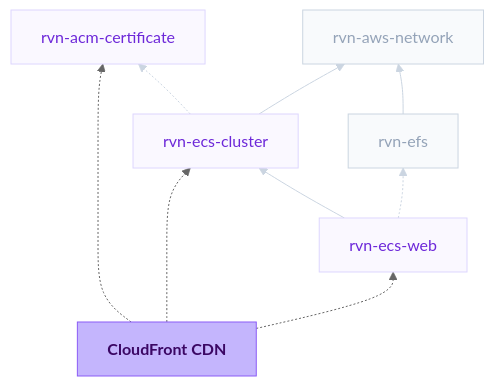
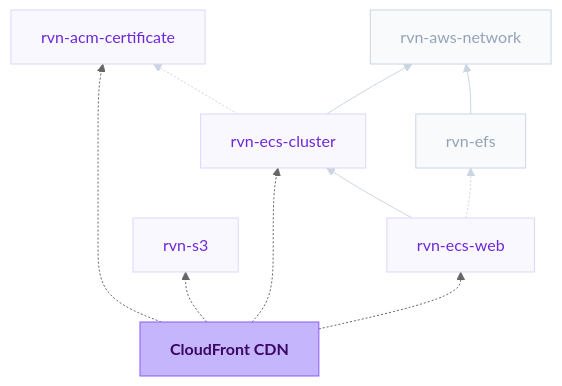
The diagram in module-definitions/catalog/rvn-cloudfront.mdx (flightcontrolhq/docs), drawn with Mermaid (neutral theme) before and after one commit. The commit also changed other lines of this file and 2 other files, not shown here.

Commit message:
chore: sync module catalog docs

````diff
--- a/module-definitions/catalog/rvn-cloudfront.mdx
+++ b/module-definitions/catalog/rvn-cloudfront.mdx
@@ -13,27 +13,29 @@
 ```mermaid
 flowchart BT
   rvn_cloudfront["<strong>CloudFront CDN</strong>"] -.-> rvn_acm_certificate["rvn-acm-certificate"]
   rvn_cloudfront -.-> rvn_ecs_web["rvn-ecs-web"]
   rvn_cloudfront -.-> rvn_ecs_cluster["rvn-ecs-cluster"]
+  rvn_cloudfront -.-> rvn_s3["rvn-s3"]
   rvn_ecs_web --> rvn_ecs_cluster
   rvn_ecs_web -.-> rvn_efs["rvn-efs"]
   rvn_ecs_cluster --> rvn_aws_network["rvn-aws-network"]
   rvn_ecs_cluster -.-> rvn_acm_certificate
   rvn_efs --> rvn_aws_network
 
   class rvn_cloudfront current
-  class rvn_acm_certificate,rvn_ecs_web,rvn_ecs_cluster dependency
+  class rvn_acm_certificate,rvn_ecs_web,rvn_ecs_cluster,rvn_s3 dependency
   class rvn_efs,rvn_aws_network upstream
 
   classDef current fill:#C4B5FD,stroke:#8B5CF6,color:#3B0764
   classDef dependency fill:#FAF8FF,stroke:#DDD6FE,color:#6D28D9
   classDef consumer fill:#F3F4F6,stroke:#9CA3AF,color:#4B5563
   classDef upstream fill:#F8FAFC,stroke:#CBD5E1,color:#94A3B8
-  linkStyle 3,4,5,6,7 stroke:#CBD5E1,color:#94A3B8
+  linkStyle 4,5,6,7,8 stroke:#CBD5E1,color:#94A3B8
 
   click rvn_acm_certificate "/module-definitions/catalog/rvn-acm-certificate" "Open rvn-acm-certificate docs"
   click rvn_ecs_web "/module-definitions/catalog/rvn-ecs-web" "Open rvn-ecs-web docs"
   click rvn_ecs_cluster "/module-definitions/catalog/rvn-ecs-cluster" "Open rvn-ecs-cluster docs"
+  click rvn_s3 "/module-definitions/catalog/rvn-s3" "Open rvn-s3 docs"
   click rvn_efs "/module-definitions/catalog/rvn-efs" "Open rvn-efs docs"
   click rvn_aws_network "/module-definitions/catalog/rvn-aws-network" "Open rvn-aws-network docs"
 ```
````
